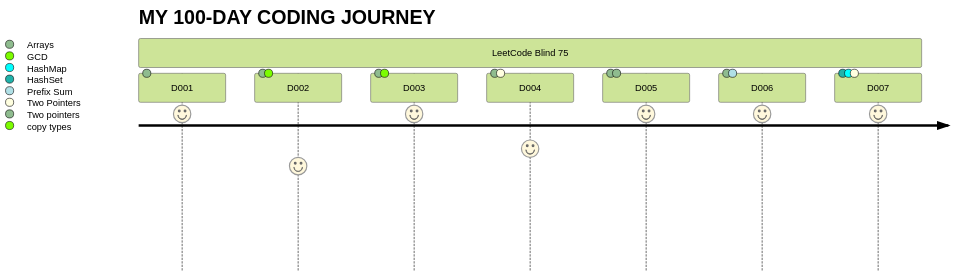
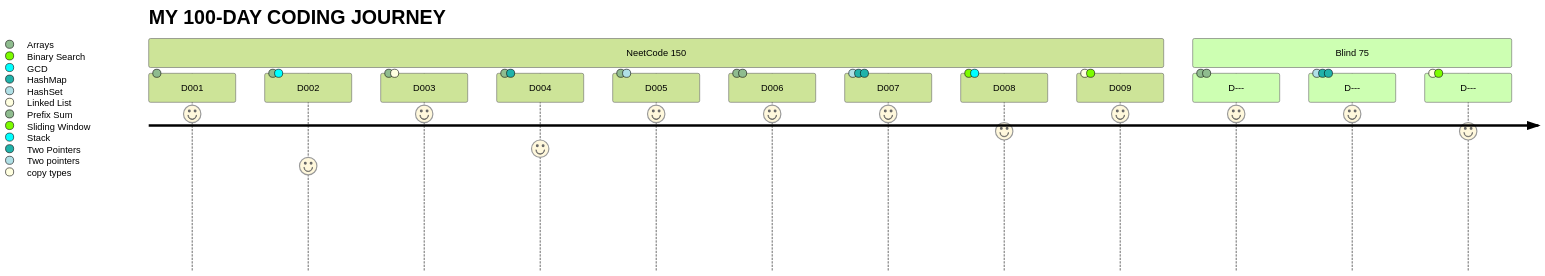
The diagram in log.md (Edddush/100-days-of-code), drawn with Mermaid (forest theme) before and after one commit. The commit also changed other lines of this file, not shown here.

````diff
--- a/log.md
+++ b/log.md
@@ -3,12 +3,18 @@
 ```mermaid
 journey
     title MY 100-DAY CODING JOURNEY
-    section LeetCode Blind 75
+    section NeetCode 150
       D001: 9: Arrays
       D002: 6: Arrays, GCD
       D003: 9: Arrays, copy types
       D004: 7: Arrays, Two Pointers
       D005: 9: Arrays, Two pointers
       D006: 9: Arrays, Prefix Sum
       D007: 9: HashSet, HashMap, Two Pointers
+      D008: 8: Binary Search, Stack
+      D009: 9: Linked List, Sliding Window
+    section Blind 75
+      D---: 9: Arrays, Prefix Sum
+      D---: 9: HashSet, HashMap, Two Pointers
+      D---: 8: Linked List, Sliding Window
 ```
````
